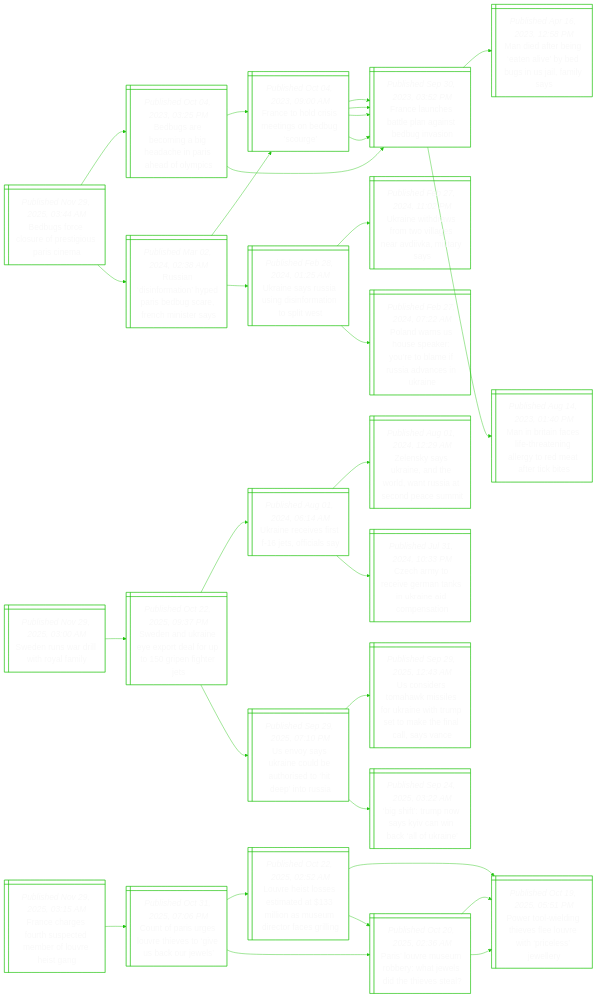
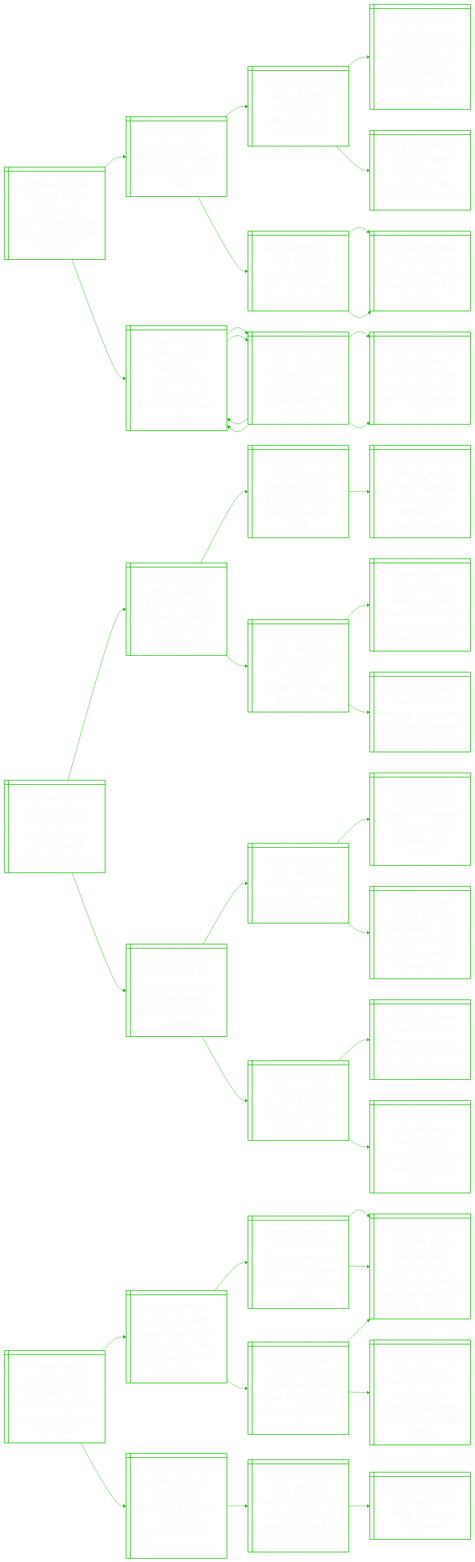
The diagram in README.md (notJmes/notJmes), drawn with Mermaid before and after one commit. The commit also changed other lines of this file, not shown here.

````diff
--- a/README.md
+++ b/README.md
@@ -16,100 +16,127 @@
 flowchart LR
 classDef txtsize font-size:20px;
 
-Bgcsftuie@{ shape: win-pane, label: "_Published Nov 29, 2025, 03:44 AM_
-Bedbugs force closure of prestigious paris cinema" }
-Bgbiidiialc@{ shape: win-pane, label: "_Published Oct 04, 2023, 03:25 PM_
-Bedbugs are becoming a big headache in paris ahead of olympics" }
-Felsesdce@{ shape: win-pane, label: "_Published Oct 04, 2023, 09:00 AM_
-France to hold crisis meetings on bedbug ‘scourge’" }
-Fecapgtua@{ shape: win-pane, label: "_Published Sep 30, 2023, 03:52 PM_
-France launches battle plan against bedbug invasion" }
-Fecapgtua@{ shape: win-pane, label: "_Published Sep 30, 2023, 03:52 PM_
-France launches battle plan against bedbug invasion" }
-Fecapgtua@{ shape: win-pane, label: "_Published Sep 30, 2023, 03:52 PM_
-France launches battle plan against bedbug invasion" }
-Meenevesjas@{ shape: win-pane, label: "_Published Apr 16, 2023, 12:58 PM_
-Man died after being ‘eaten alive’ by bed bugs in us jail, family says" }
-MBieeaneoetce@{ shape: win-pane, label: "_Published Aug 14, 2023, 01:40 PM_
-Man in britain faces life-threatening allergy to red meat after tick bites" }
-Raimndsurnnr@{ shape: win-pane, label: "_Published Mar 02, 2024, 02:38 AM_
-Russian ‘disinformation’ hyped paris bedbug scare, french minister says" }
-Felsesdce@{ shape: win-pane, label: "_Published Oct 04, 2023, 09:00 AM_
-France to hold crisis meetings on bedbug ‘scourge’" }
-Fecapgtua@{ shape: win-pane, label: "_Published Sep 30, 2023, 03:52 PM_
-France launches battle plan against bedbug invasion" }
-Fecapgtua@{ shape: win-pane, label: "_Published Sep 30, 2023, 03:52 PM_
-France launches battle plan against bedbug invasion" }
-Unsinimnls@{ shape: win-pane, label: "_Published Feb 28, 2024, 01:25 AM_
-Ukraine says russia using disinformation to split west" }
-UnhstlsAvly@{ shape: win-pane, label: "_Published Feb 27, 2024, 11:02 PM_
-Ukraine withdraws from two villages near avdiivka, military says" }
-PdsueYtmuacUn@{ shape: win-pane, label: "_Published Feb 27, 2024, 07:22 AM_
-Poland warns us house speaker: you’re to blame if russia advances in ukraine" }
+Tsongypddrt@{ shape: win-pane, label: "_Published Nov 29, 2025, 06:07 AM_
+Trump says documents signed by autopen under biden ‘terminated’" }
+Traoasega@{ shape: win-pane, label: "_Published Nov 26, 2025, 11:27 PM_
+Trump rages at report that he is increasingly frail" }
+Tseraenn@{ shape: win-pane, label: "_Published Oct 27, 2025, 05:25 PM_
+Trump says he underwent an mri examination" }
+TdragnfitirsPd@{ shape: win-pane, label: "_Published Jan 21, 2025, 01:02 AM_
+Trump declares start of ‘golden age of america’ after he is sworn in as 47th us president" }
+Thraylty@{ shape: win-pane, label: "_Published Oct 11, 2025, 11:00 AM_
+Trump, 79, has ‘cardiac age’ of 65-year-old, doctor says" }
+Ptbusuert@{ shape: win-pane, label: "_Published Nov 19, 2025, 10:05 AM_
+‘piggy’, ‘terrible’: trump lashes out at female reporters" }
+TttBsailn@{ shape: win-pane, label: "_Published Nov 19, 2025, 05:25 AM_
+Trump threatens abc news in oval office meltdown" }
+TttBsailn@{ shape: win-pane, label: "_Published Nov 19, 2025, 05:25 AM_
+Trump threatens abc news in oval office meltdown" }
+Twaehnnnict@{ shape: win-pane, label: "_Published Jul 18, 2025, 07:00 AM_
+Trump was diagnosed with chronic venous insufficiency. what is it?" }
+Tdoiidniglho@{ shape: win-pane, label: "_Published Jul 18, 2025, 02:46 AM_
+Trump diagnosed with vein condition causing leg swelling: white house" }
+Twaehnnnict@{ shape: win-pane, label: "_Published Jul 18, 2025, 07:00 AM_
+Trump was diagnosed with chronic venous insufficiency. what is it?" }
+Fumcrensnyv@{ shape: win-pane, label: "_Published Jul 17, 2025, 09:55 AM_
+For trump, domestic adversaries are not just wrong, they are ‘evil’" }
+Tdoiidniglho@{ shape: win-pane, label: "_Published Jul 18, 2025, 02:46 AM_
+Trump diagnosed with vein condition causing leg swelling: white house" }
+Twaehnnnict@{ shape: win-pane, label: "_Published Jul 18, 2025, 07:00 AM_
+Trump was diagnosed with chronic venous insufficiency. what is it?" }
+Fumcrensnyv@{ shape: win-pane, label: "_Published Jul 17, 2025, 09:55 AM_
+For trump, domestic adversaries are not just wrong, they are ‘evil’" }
 
-Bgcsftuie:::txtsize --> Bgbiidiialc:::txtsize
-Bgbiidiialc:::txtsize --> Felsesdce:::txtsize
-Felsesdce:::txtsize --> Fecapgtua:::txtsize
-Felsesdce:::txtsize --> Fecapgtua:::txtsize
-Bgbiidiialc:::txtsize --> Fecapgtua:::txtsize
-Fecapgtua:::txtsize --> Meenevesjas:::txtsize
-Fecapgtua:::txtsize --> MBieeaneoetce:::txtsize
-Bgcsftuie:::txtsize --> Raimndsurnnr:::txtsize
-Raimndsurnnr:::txtsize --> Felsesdce:::txtsize
-Felsesdce:::txtsize --> Fecapgtua:::txtsize
-Felsesdce:::txtsize --> Fecapgtua:::txtsize
-Raimndsurnnr:::txtsize --> Unsinimnls:::txtsize
-Unsinimnls:::txtsize --> UnhstlsAvly:::txtsize
-Unsinimnls:::txtsize --> PdsueYtmuacUn:::txtsize
+Tsongypddrt:::txtsize --> Traoasega:::txtsize
+Traoasega:::txtsize --> Tseraenn:::txtsize
+Tseraenn:::txtsize --> TdragnfitirsPd:::txtsize
+Tseraenn:::txtsize --> Thraylty:::txtsize
+Traoasega:::txtsize --> Ptbusuert:::txtsize
+Ptbusuert:::txtsize --> TttBsailn:::txtsize
+Ptbusuert:::txtsize --> TttBsailn:::txtsize
+Tsongypddrt:::txtsize --> Twaehnnnict:::txtsize
+Twaehnnnict:::txtsize --> Tdoiidniglho:::txtsize
+Tdoiidniglho:::txtsize --> Twaehnnnict:::txtsize
+Tdoiidniglho:::txtsize --> Fumcrensnyv:::txtsize
+Twaehnnnict:::txtsize --> Tdoiidniglho:::txtsize
+Tdoiidniglho:::txtsize --> Twaehnnnict:::txtsize
+Tdoiidniglho:::txtsize --> Fumcrensnyv:::txtsize
 
-Feguutmfrsg@{ shape: win-pane, label: "_Published Nov 29, 2025, 03:15 AM_
-France charges fourth suspected member of louvre heist gang" }
-Coievitecjs@{ shape: win-pane, label: "_Published Oct 31, 2025, 07:06 PM_
-Count of paris urges louvre thieves to ‘give us back our jewels’" }
-Leteidlaerrsl@{ shape: win-pane, label: "_Published Oct 22, 2025, 02:52 AM_
-Louvre heist losses estimated at $133 million as museum director faces grilling" }
-Ptineluiisey@{ shape: win-pane, label: "_Published Oct 19, 2025, 05:51 PM_
-Power tool-wielding thieves flee louvre with ‘priceless’ jewellery" }
-PLeubhwitea@{ shape: win-pane, label: "_Published Oct 20, 2025, 02:36 AM_
-Paris’ louvre museum robbery: what jewels did the thieves steal?" }
-PLeubhwitea@{ shape: win-pane, label: "_Published Oct 20, 2025, 02:36 AM_
-Paris’ louvre museum robbery: what jewels did the thieves steal?" }
-Ptineluiisey@{ shape: win-pane, label: "_Published Oct 19, 2025, 05:51 PM_
-Power tool-wielding thieves flee louvre with ‘priceless’ jewellery" }
-Ptineluiisey@{ shape: win-pane, label: "_Published Oct 19, 2025, 05:51 PM_
-Power tool-wielding thieves flee louvre with ‘priceless’ jewellery" }
+WYresemhiN@{ shape: win-pane, label: "_Published Nov 29, 2025, 05:26 AM_
+While you were sleeping: 5 stories you might have missed, nov 29, 2025" }
+Unpetrsrbitc@{ shape: win-pane, label: "_Published Nov 29, 2025, 12:09 AM_
+Ukraine’s top peace negotiator quits after raid by anti-graft police" }
+Unitcehfncof@{ shape: win-pane, label: "_Published Nov 28, 2025, 04:19 PM_
+Ukraine anti-graft officers search home of zelensky’s chief of staff" }
+Unlydhffacir@{ shape: win-pane, label: "_Published Nov 21, 2025, 05:26 PM_
+Ukraine’s zelensky stands by chief of staff as graft accusations grow" }
+CZslufetarc@{ shape: win-pane, label: "_Published Nov 12, 2025, 06:54 AM_
+Close zelensky ally accused of orchestrating major graft scheme" }
+Unitcdrcsundst@{ shape: win-pane, label: "_Published Nov 11, 2025, 03:20 AM_
+Ukraine anti-graft agency raids energy sector as corruption stand-off escalates" }
+UnyIoieera@{ shape: win-pane, label: "_Published Sep 03, 2023, 11:00 AM_
+Ukrainian tycoon ihor kolomoisky detained in fraud case" }
+Aseocrdpscoi@{ shape: win-pane, label: "_Published Nov 29, 2025, 04:03 AM_
+Airbus issues major a320 recall, travel disruptions expected worldwide" }
+Astimerts@{ shape: win-pane, label: "_Published Oct 07, 2025, 06:41 PM_
+Airbus a320 ousts boeing 737 as most-delivered jet in history" }
+BglssanCSe@{ shape: win-pane, label: "_Published Aug 22, 2025, 08:45 AM_
+Boeing in talks to sell as many as 500 planes to china: sources" }
+Cyfynireemhe@{ shape: win-pane, label: "_Published Aug 06, 2025, 01:55 PM_
+Cathay pacific buys 14 planes in its first boeing deal in more than a decade" }
+Aaidtoeiis@{ shape: win-pane, label: "_Published Nov 27, 2025, 11:15 PM_
+Air france, airbus dispute pilot roles in rio-paris crash" }
+Fhtsrnrsen@{ shape: win-pane, label: "_Published Sep 29, 2025, 06:08 AM_
+French court opens new trial on af447 air disaster 16 years on" }
+Nvouncrrar@{ shape: win-pane, label: "_Published Dec 08, 2022, 07:38 AM_
+No convictions sought in french court over 2009 rio-paris crash" }
 
-Feguutmfrsg:::txtsize --> Coievitecjs:::txtsize
-Coievitecjs:::txtsize --> Leteidlaerrsl:::txtsize
-Leteidlaerrsl:::txtsize --> Ptineluiisey:::txtsize
-Leteidlaerrsl:::txtsize --> PLeubhwitea:::txtsize
-Coievitecjs:::txtsize --> PLeubhwitea:::txtsize
-PLeubhwitea:::txtsize --> Ptineluiisey:::txtsize
-PLeubhwitea:::txtsize --> Ptineluiisey:::txtsize
+WYresemhiN:::txtsize --> Unpetrsrbitc:::txtsize
+Unpetrsrbitc:::txtsize --> Unitcehfncof:::txtsize
+Unitcehfncof:::txtsize --> Unlydhffacir:::txtsize
+Unpetrsrbitc:::txtsize --> CZslufetarc:::txtsize
+CZslufetarc:::txtsize --> Unitcdrcsundst:::txtsize
+CZslufetarc:::txtsize --> UnyIoieera:::txtsize
+WYresemhiN:::txtsize --> Aseocrdpscoi:::txtsize
+Aseocrdpscoi:::txtsize --> Astimerts:::txtsize
+Astimerts:::txtsize --> BglssanCSe:::txtsize
+Astimerts:::txtsize --> Cyfynireemhe:::txtsize
+Aseocrdpscoi:::txtsize --> Aaidtoeiis:::txtsize
+Aaidtoeiis:::txtsize --> Fhtsrnrsen:::txtsize
+Aaidtoeiis:::txtsize --> Nvouncrrar:::txtsize
 
-Snwitai@{ shape: win-pane, label: "_Published Nov 29, 2025, 03:00 AM_
-Sweden runs war drill with royal family" }
-Snkexdooehe@{ shape: win-pane, label: "_Published Oct 22, 2025, 09:37 PM_
-Sweden and ukraine eye export deal for up to 150 gripen fighter jets" }
-UnefFoia@{ shape: win-pane, label: "_Published Aug 01, 2024, 06:14 AM_
-Ukraine receives first f-16 jets, officials say" }
-Zsyanwwuaoam@{ shape: win-pane, label: "_Published Aug 01, 2024, 12:29 AM_
-Zelensky says ukraine, and the world, want russia at second peace summit" }
-Caoiranidei@{ shape: win-pane, label: "_Published Jul 31, 2024, 10:33 PM_
-Czech army to receive german tanks in ukraine aid compensation" }
-Uosiuartdns@{ shape: win-pane, label: "_Published Sep 29, 2025, 07:10 PM_
-Us envoy says ukraine could be authorised to ‘hit deep’ into russia" }
-UsshieUnhpotnlse@{ shape: win-pane, label: "_Published Sep 29, 2025, 12:43 AM_
-Us considers tomahawk missiles for ukraine with trump set to make the final call, says vance" }
-BiuwKablke@{ shape: win-pane, label: "_Published Sep 24, 2025, 03:22 AM_
-‘big shift’: trump now says kyiv can win back ‘all of ukraine’" }
+Rptpmneerius@{ shape: win-pane, label: "_Published Nov 29, 2025, 04:39 AM_
+Rubio plans to skip nato meeting at key moment for ukraine, sources say" }
+Ucnkefunmos@{ shape: win-pane, label: "_Published Nov 26, 2025, 02:13 PM_
+Us peace plan for ukraine drew from russian document, sources say" }
+Tsodirisohe@{ shape: win-pane, label: "_Published Nov 26, 2025, 09:30 AM_
+Trump says no firm deadline for ukraine, russia to reach peace deal" }
+Zsyaeonaalusdthp@{ shape: win-pane, label: "_Published Nov 26, 2025, 02:45 AM_
+Zelensky says ukraine ready to advance peace plan, will discuss disputed points with trump" }
+Zsyaeonaalusdthp@{ shape: win-pane, label: "_Published Nov 26, 2025, 02:45 AM_
+Zelensky says ukraine ready to advance peace plan, will discuss disputed points with trump" }
+UnlyorpfStd@{ shape: win-pane, label: "_Published Nov 26, 2025, 05:08 AM_
+Ukraine’s zelensky welcomes ‘principles’ of new us draft to end war" }
+Zsyaeonaalusdthp@{ shape: win-pane, label: "_Published Nov 26, 2025, 02:45 AM_
+Zelensky says ukraine ready to advance peace plan, will discuss disputed points with trump" }
+Feryaoilnoeewke@{ shape: win-pane, label: "_Published Nov 26, 2025, 03:17 AM_
+France’s macron says ‘clearly no russian willingness to agree ceasefire’ with ukraine" }
+ToiegRaipuoorpp@{ shape: win-pane, label: "_Published Nov 23, 2025, 12:09 AM_
+Trump officials’ meeting with russian in miami spurs questions about ukraine peace plan" }
+Uneftcrespepp@{ shape: win-pane, label: "_Published Nov 21, 2025, 11:49 PM_
+Ukraine faces ‘difficult choice’ as trump demands acceptance of us peace plan" }
+Tstia@{ shape: win-pane, label: "_Published Nov 21, 2025, 04:26 PM_
+Trump’s 28-point ukraine plan" }
 
-Snwitai:::txtsize --> Snkexdooehe:::txtsize
-Snkexdooehe:::txtsize --> UnefFoia:::txtsize
-UnefFoia:::txtsize --> Zsyanwwuaoam:::txtsize
-UnefFoia:::txtsize --> Caoiranidei:::txtsize
-Snkexdooehe:::txtsize --> Uosiuartdns:::txtsize
-Uosiuartdns:::txtsize --> UsshieUnhpotnlse:::txtsize
-Uosiuartdns:::txtsize --> BiuwKablke:::txtsize
+Rptpmneerius:::txtsize --> Ucnkefunmos:::txtsize
+Ucnkefunmos:::txtsize --> Tsodirisohe:::txtsize
+Tsodirisohe:::txtsize --> Zsyaeonaalusdthp:::txtsize
+Tsodirisohe:::txtsize --> Zsyaeonaalusdthp:::txtsize
+Ucnkefunmos:::txtsize --> UnlyorpfStd:::txtsize
+UnlyorpfStd:::txtsize --> Zsyaeonaalusdthp:::txtsize
+UnlyorpfStd:::txtsize --> Feryaoilnoeewke:::txtsize
+Rptpmneerius:::txtsize --> ToiegRaipuoorpp:::txtsize
+ToiegRaipuoorpp:::txtsize --> Uneftcrespepp:::txtsize
+Uneftcrespepp:::txtsize --> Tstia:::txtsize
 
 ```
````
